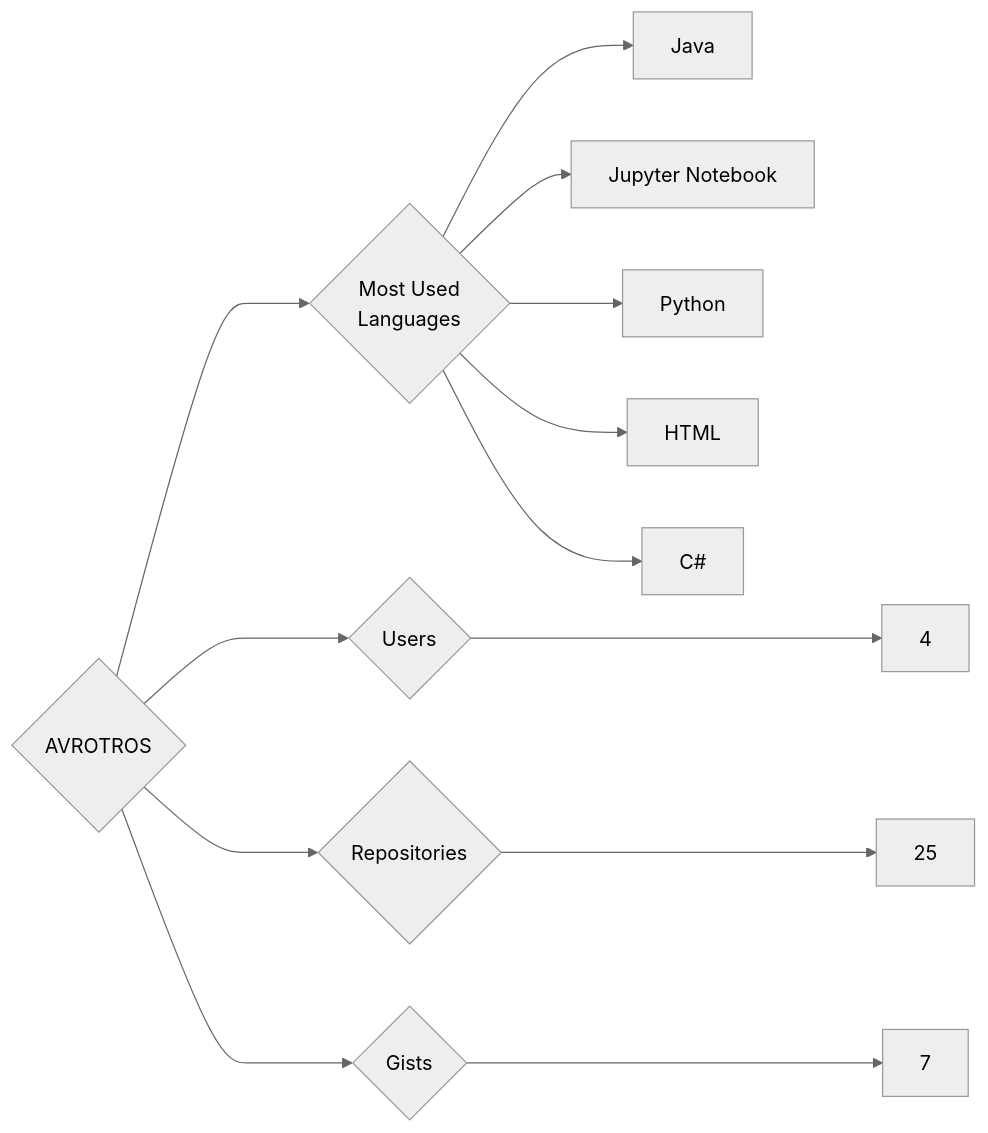
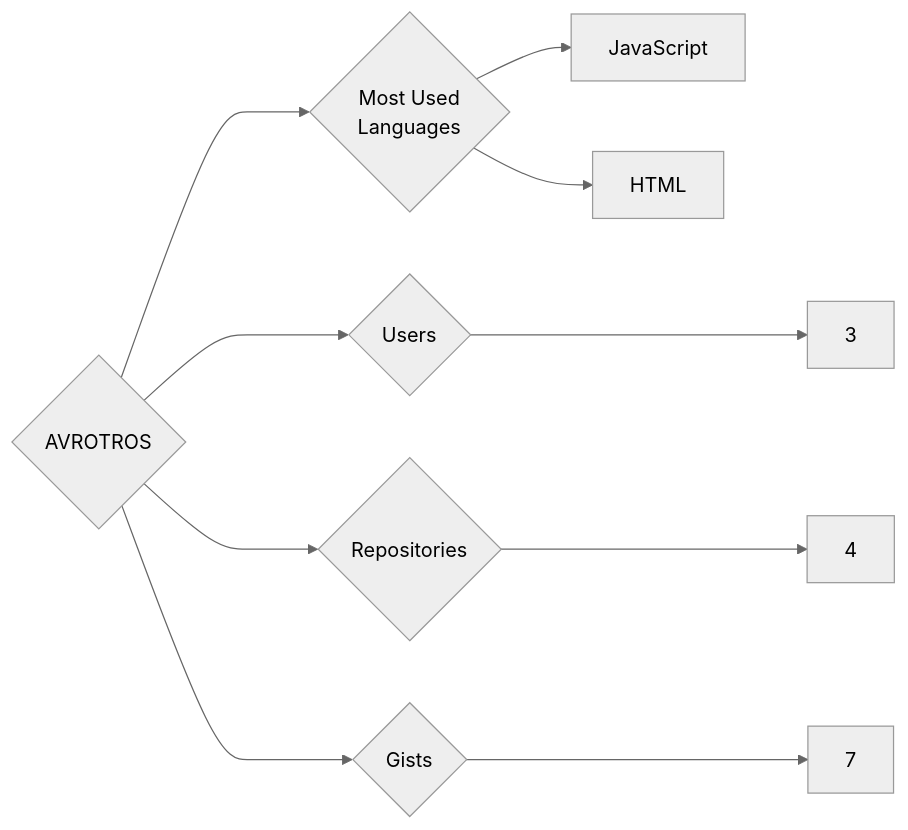
One commit to trickest/insiders changed the diagram in targets/AVROTROS/README.md. Above: the diagram before and after it, drawn with Mermaid (neutral theme). The commit also changed 682 other files, not shown here.

````diff
--- a/targets/AVROTROS/README.md
+++ b/targets/AVROTROS/README.md
@@ -3,13 +3,10 @@
 ```mermaid
 graph LR
 COMPANY_NAME{AVROTROS}
-COMPANY_NAME ---> U{Users} ---> UN[4]
-COMPANY_NAME ---> R{Repositories} ---> RN[25]
+COMPANY_NAME ---> U{Users} ---> UN[3]
+COMPANY_NAME ---> R{Repositories} ---> RN[4]
 COMPANY_NAME ---> G{Gists} ---> GN[7]
 COMPANY_NAME ---> ML{Most Used<br>Languages}
-ML --> Java[Java]
-ML --> Jupyter_Notebook[Jupyter Notebook]
-ML --> Python[Python]
+ML --> JavaScript[JavaScript]
 ML --> HTML[HTML]
-ML --> C#[C#]
 ```
````
